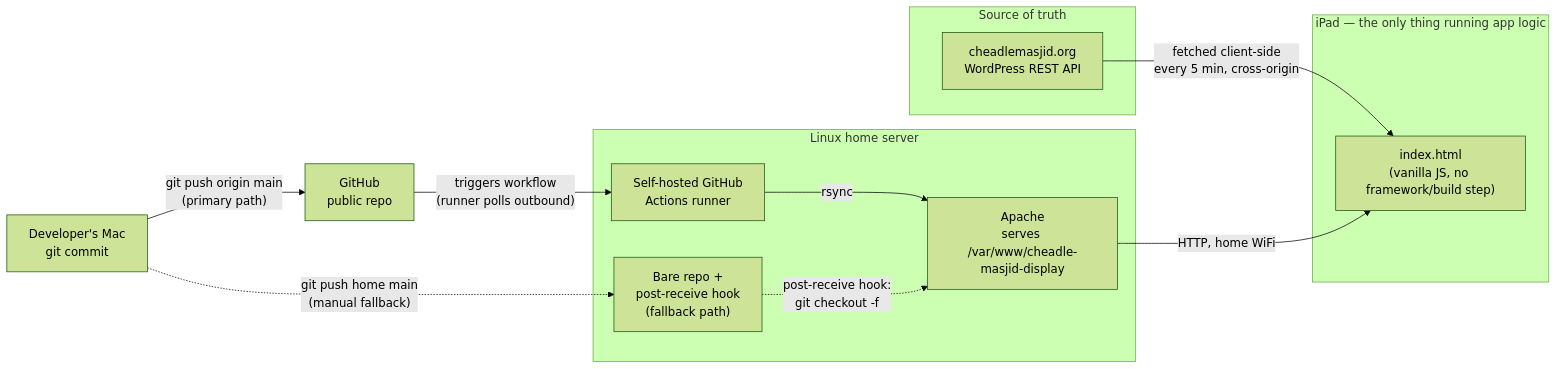
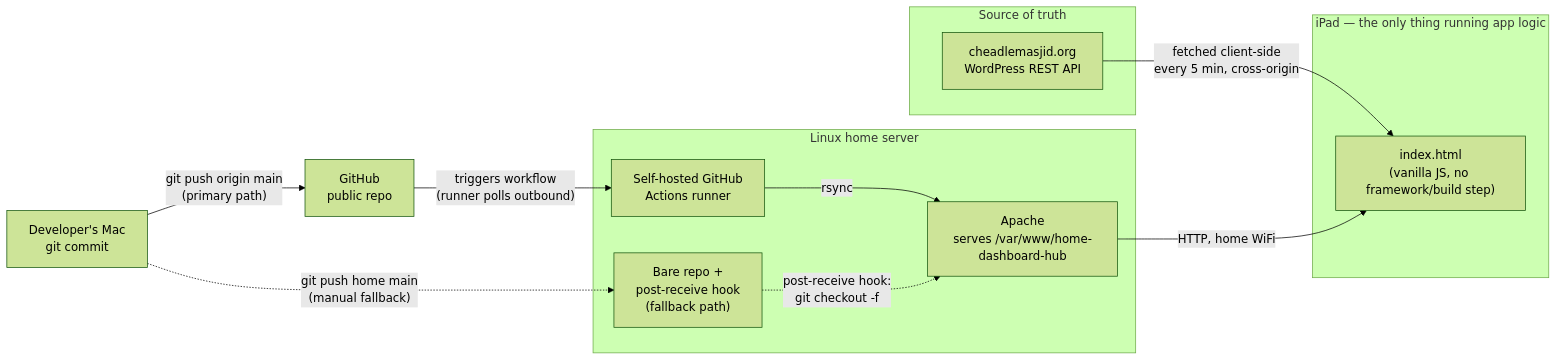
The first of 2 diagrams in ARCHITECTURE.md (amarmohammed398/home-dashboard-hub), drawn with Mermaid (forest theme) before and after one commit. The commit also changed other lines of this file and 5 other files, not shown here.

First line of the commit message:
Rename project: cheadle-masjid-display -> home-dashboard-hub

````diff
--- a/ARCHITECTURE.md
+++ b/ARCHITECTURE.md
@@ -48,27 +48,27 @@
 ```mermaid
 flowchart LR
     subgraph Source of truth
         API["cheadlemasjid.org<br/>WordPress REST API"]
     end
 
     subgraph Client [iPad — the only thing running app logic]
         JS["index.html<br/>(vanilla JS, no framework/build step)"]
     end
 
     Mac["Developer's Mac<br/>git commit"]
     GitHub["GitHub<br/>public repo"]
 
     subgraph Home [Linux home server]
         Runner["Self-hosted GitHub<br/>Actions runner"]
         BareRepo["Bare repo +<br/>post-receive hook<br/>(fallback path)"]
-        Apache["Apache<br/>serves /var/www/cheadle-masjid-display"]
+        Apache["Apache<br/>serves /var/www/home-dashboard-hub"]
     end
 
     API -- "fetched client-side<br/>every 5 min, cross-origin" --> JS
     Mac -- "git push origin main<br/>(primary path)" --> GitHub
     GitHub -- "triggers workflow<br/>(runner polls outbound)" --> Runner
     Runner -- "rsync" --> Apache
     Mac -. "git push home main<br/>(manual fallback)" .-> BareRepo
     BareRepo -. "post-receive hook:<br/>git checkout -f" .-> Apache
     Apache -- "HTTP, home WiFi" --> JS
 ```
````
